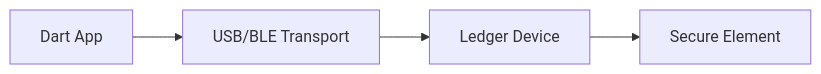
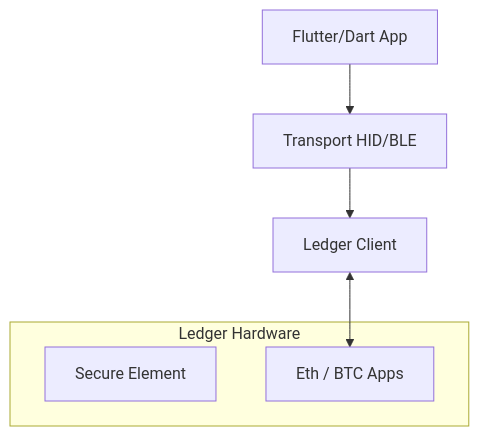
Before and after one commit to ImL1s/dart_web3: the diagram in dart_web3/packages/hardware/ledger/README.md, drawn with Mermaid. The commit also changed other lines of this file and 31 other files, not shown here.

````diff
--- a/dart_web3/packages/hardware/ledger/README.md
+++ b/dart_web3/packages/hardware/ledger/README.md
@@ -14,6 +17,12 @@
 ```mermaid
-graph LR
-    App[Dart App] --> Transport[USB/BLE Transport]
-    Transport --> Ledger[Ledger Device]
-    Ledger --> SecureElement[Secure Element]
+graph TD
+    App[Flutter/Dart App] --> Transport[Transport HID/BLE]
+    Transport --> LedgerCLI[Ledger Client]
+    
+    subgraph Device [Ledger Hardware]
+        SEC[Secure Element]
+        Apps[Eth / BTC Apps]
+    end
+    
+    LedgerCLI <--> Apps
 ```
````
